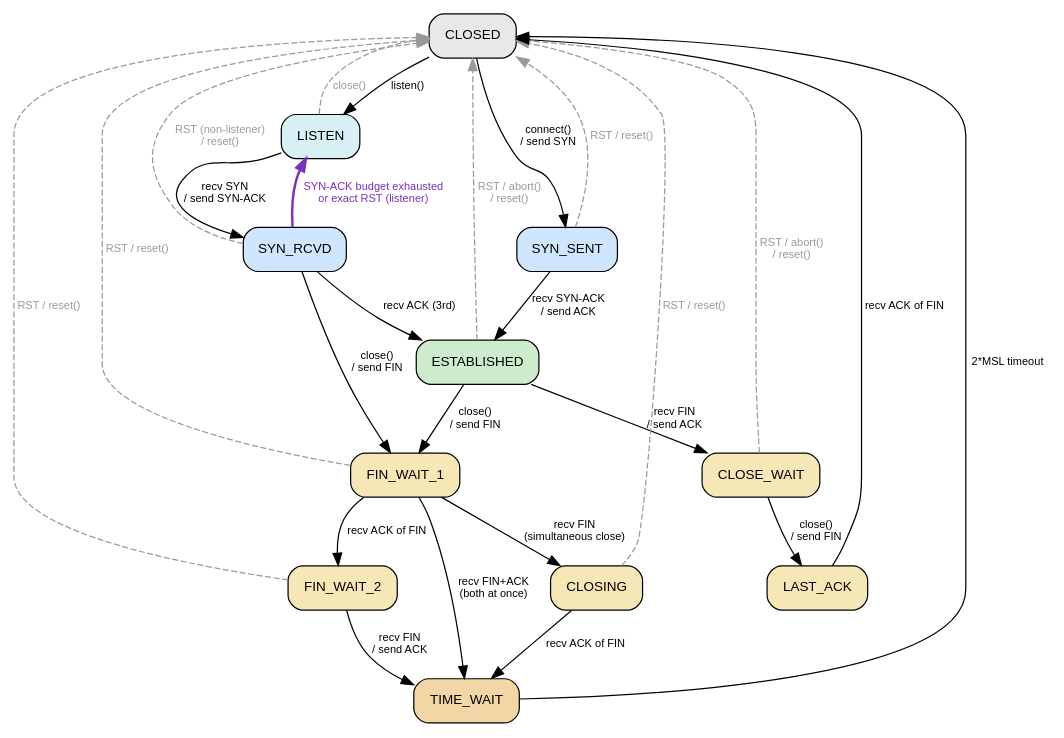
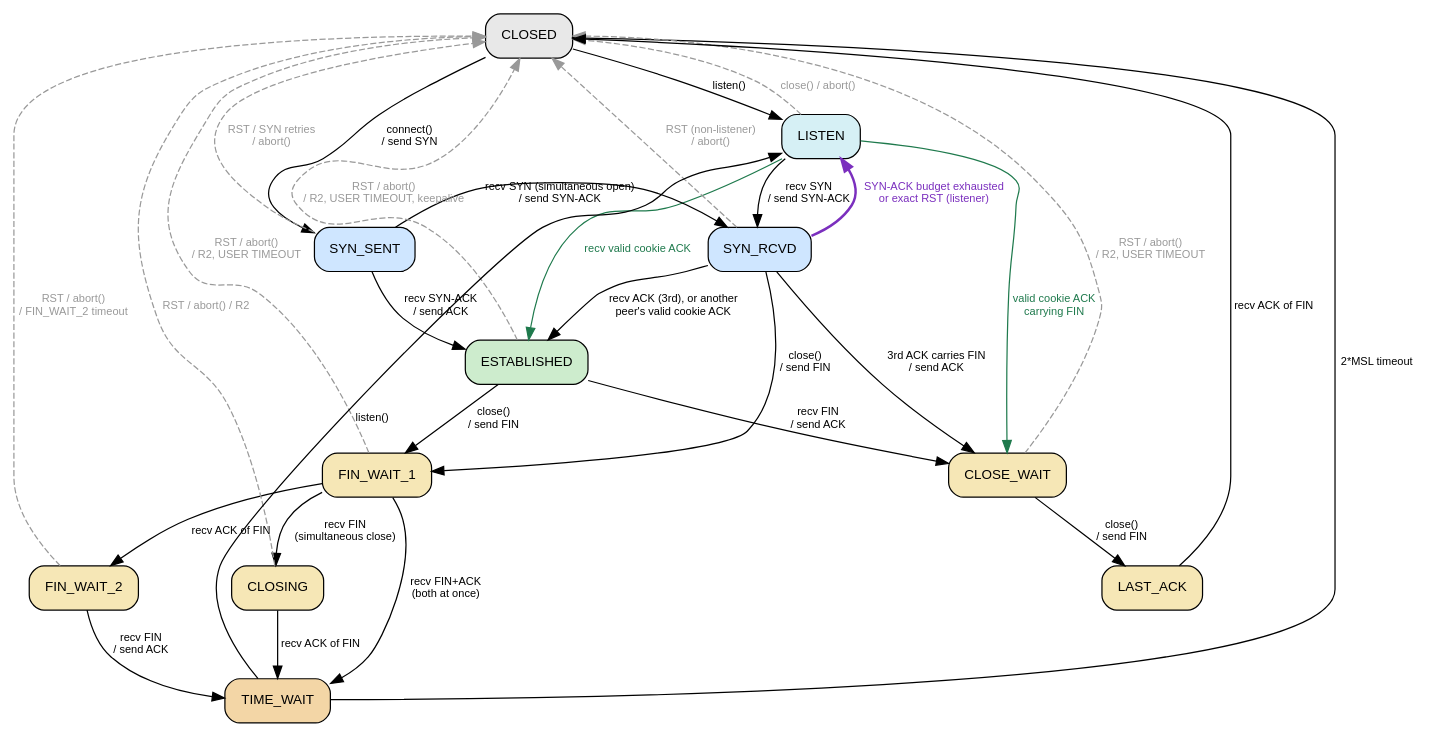
Before and after one commit to mjsabby/tcp-sans-io: the diagram in docs/state-machine.dot, drawn with Graphviz. The commit also changed 51 other files, not shown here.

First line of the commit message:
Fix second-review findings: RFC 5961 ordering, hybrid SYN cookies, bounded close states, SACK scan cost (#10)

```diff
--- a/docs/state-machine.dot
+++ b/docs/state-machine.dot
@@ -1,81 +1,94 @@
 // TCP connection state machine for tcp-sans-io.
 //
 // This is the authoritative, implementation-accurate transition graph. Its
-// edges are exactly the relation enforced by `allowed_transition()` in
-// fuzz/fuzz_targets/tcb_client_session.rs (the oracle that panics on any
-// transition not drawn here), so the picture and the running check cannot
-// drift apart. Transition sites live in src/tcb.rs; State is in src/state.rs.
+// edges are exactly the relation of `State::debug_transition_allowed()` in
+// src/state.rs: every fuzz target panics on a transition it does not allow,
+// and a unit test in src/state.rs fails if this file draws a different set
+// of edges, so the picture and the code cannot drift apart. Transition sites
+// live in src/tcb/ (input.rs, ack.rs, cookie.rs, timers.rs, mod.rs).
 //
 // Regenerate the SVG after editing:
 //   dot -Tsvg docs/state-machine.dot -o docs/state-machine.svg
 //
 // Legend:
 //   solid black   normal protocol transition (trigger / action)
-//   bold purple   SYN_RCVD -> LISTEN revert: the stateful flood-resistance
-//                 path (bounded SYN-ACK retransmit budget, then recycle slot)
-//   dashed grey   abort: RST received, local abort(), or host reset() -> CLOSED
+//   bold purple   SYN_RCVD -> LISTEN revert: the half-open slot is recycled
+//                 (bounded SYN-ACK retransmit budget, or an exact RST)
+//   green         SYN-cookie promotion: a valid cookie ACK establishes the
+//                 connection with no prior state
+//   dashed grey   abort: RST received, local abort(), or a timeout -> CLOSED
 //
 digraph tcp_state_machine {
     rankdir=TB;
     bgcolor="white";
     node [shape=box, style="rounded,filled", fontname="Helvetica", fontsize=11, margin="0.18,0.08"];
     edge [fontname="Helvetica", fontsize=9];
 
     // ---- States (colour-grouped by phase) -------------------------------
     Closed      [fillcolor="#e8e8e8", label="CLOSED"];
     Listen      [fillcolor="#d6f0f5", label="LISTEN"];
     SynSent     [fillcolor="#cfe6ff", label="SYN_SENT"];
     SynRcvd     [fillcolor="#cfe6ff", label="SYN_RCVD"];
     Established  [fillcolor="#cdeccd", label="ESTABLISHED"];
     FinWait1    [fillcolor="#f6e7b6", label="FIN_WAIT_1"];
     FinWait2    [fillcolor="#f6e7b6", label="FIN_WAIT_2"];
     Closing     [fillcolor="#f6e7b6", label="CLOSING"];
     TimeWait    [fillcolor="#f3d6a6", label="TIME_WAIT"];
     CloseWait   [fillcolor="#f6e7b6", label="CLOSE_WAIT"];
     LastAck     [fillcolor="#f6e7b6", label="LAST_ACK"];
 
     // ---- Opens ----------------------------------------------------------
     Closed   -> SynSent     [label="connect()\n/ send SYN"];
     Closed   -> Listen      [label="listen()"];
     Listen   -> SynRcvd     [label="recv SYN\n/ send SYN-ACK"];
     SynSent  -> Established  [label="recv SYN-ACK\n/ send ACK"];
-    SynRcvd  -> Established  [label="recv ACK (3rd)"];
+    SynSent  -> SynRcvd     [label="recv SYN (simultaneous open)\n/ send SYN-ACK"];
+    SynRcvd  -> Established  [label="recv ACK (3rd), or another\npeer's valid cookie ACK"];
+    SynRcvd  -> CloseWait   [label="3rd ACK carries FIN\n/ send ACK"];
+    TimeWait -> Listen      [label="listen()"];
 
-    // Stateful flood resistance: at most one half-open slot, bounded
-    // SYN-ACK retransmits, then the slot is recycled back to LISTEN. A RST
-    // exactly at RCV.NXT in SYN_RCVD recycles it the same way (any other
+    // Hybrid SYN cookies: while the half-open slot is busy, other peers get
+    // stateless cookie SYN-ACKs. A valid cookie ACK establishes directly —
+    // from LISTEN, or from SYN_RCVD by taking over the pending half-open.
+    Listen   -> Established [label="recv valid cookie ACK",
+                             color="#1f7a4d", fontcolor="#1f7a4d"];
+    Listen   -> CloseWait   [label="valid cookie ACK\ncarrying FIN",
+                             color="#1f7a4d", fontcolor="#1f7a4d"];
+
+    // The half-open slot is recycled back to LISTEN after its bounded
+    // SYN-ACK retransmit budget, or by a RST exactly at RCV.NXT (any other
     // in-window RST only draws a challenge ACK, RFC 5961).
     SynRcvd  -> Listen      [label="SYN-ACK budget exhausted\nor exact RST (listener)",
                              color="#7b2fbe", fontcolor="#7b2fbe", penwidth=2.0];
 
     // ---- Active close (we call close() first) ---------------------------
     Established -> FinWait1 [label="close()\n/ send FIN"];
     SynRcvd     -> FinWait1 [label="close()\n/ send FIN"];
     FinWait1 -> FinWait2    [label="recv ACK of FIN"];
     FinWait1 -> Closing     [label="recv FIN\n(simultaneous close)"];
     FinWait1 -> TimeWait    [label="recv FIN+ACK\n(both at once)"];
     FinWait2 -> TimeWait    [label="recv FIN\n/ send ACK"];
     Closing  -> TimeWait    [label="recv ACK of FIN"];
     TimeWait -> Closed      [label="2*MSL timeout"];
 
     // ---- Passive close (peer FINs first) --------------------------------
     Established -> CloseWait [label="recv FIN\n/ send ACK"];
     CloseWait   -> LastAck   [label="close()\n/ send FIN"];
     LastAck     -> Closed    [label="recv ACK of FIN"];
 
-    // ---- Aborts: RST received / abort() / reset() -> CLOSED -------------
+    // ---- Aborts: RST received / abort() / timeouts -> CLOSED ------------
     edge [style=dashed, color="#999999", fontcolor="#999999"];
-    SynSent     -> Closed [label="RST / reset()"];
-    SynRcvd     -> Closed [label="RST (non-listener)\n/ reset()"];
-    Listen      -> Closed [label="close()"];
-    Established -> Closed [label="RST / abort()\n/ reset()"];
-    FinWait1    -> Closed [label="RST / reset()"];
-    FinWait2    -> Closed [label="RST / reset()"];
-    Closing     -> Closed [label="RST / reset()"];
-    CloseWait   -> Closed [label="RST / abort()\n/ reset()"];
+    SynSent     -> Closed [label="RST / SYN retries\n/ abort()"];
+    SynRcvd     -> Closed [label="RST (non-listener)\n/ abort()"];
+    Listen      -> Closed [label="close() / abort()"];
+    Established -> Closed [label="RST / abort()\n/ R2, USER TIMEOUT, keepalive"];
+    FinWait1    -> Closed [label="RST / abort()\n/ R2, USER TIMEOUT"];
+    FinWait2    -> Closed [label="RST / abort()\n/ FIN_WAIT_2 timeout"];
+    Closing     -> Closed [label="RST / abort() / R2"];
+    CloseWait   -> Closed [label="RST / abort()\n/ R2, USER TIMEOUT"];
 
     // ---- Rank hints for a clean top-to-bottom flow ----------------------
     { rank=same; SynSent; SynRcvd; }
     { rank=same; FinWait1; CloseWait; }
     { rank=same; FinWait2; Closing; }
 }
```
